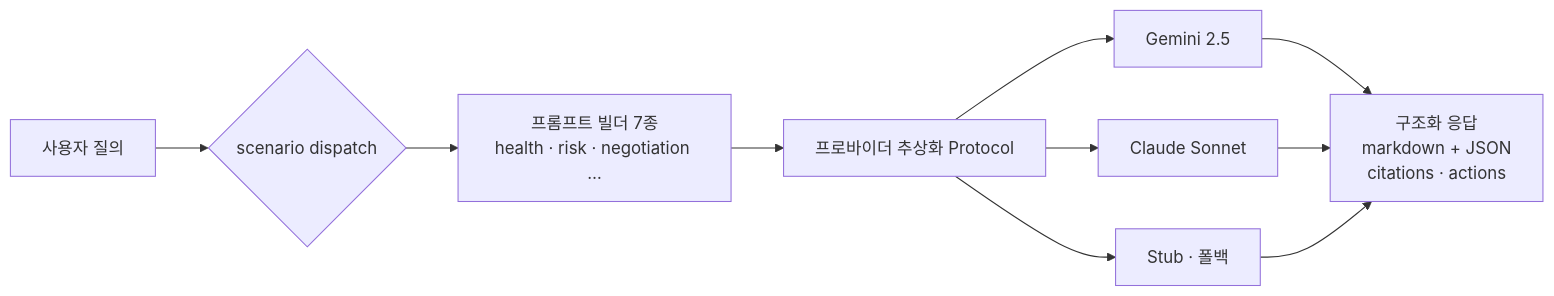
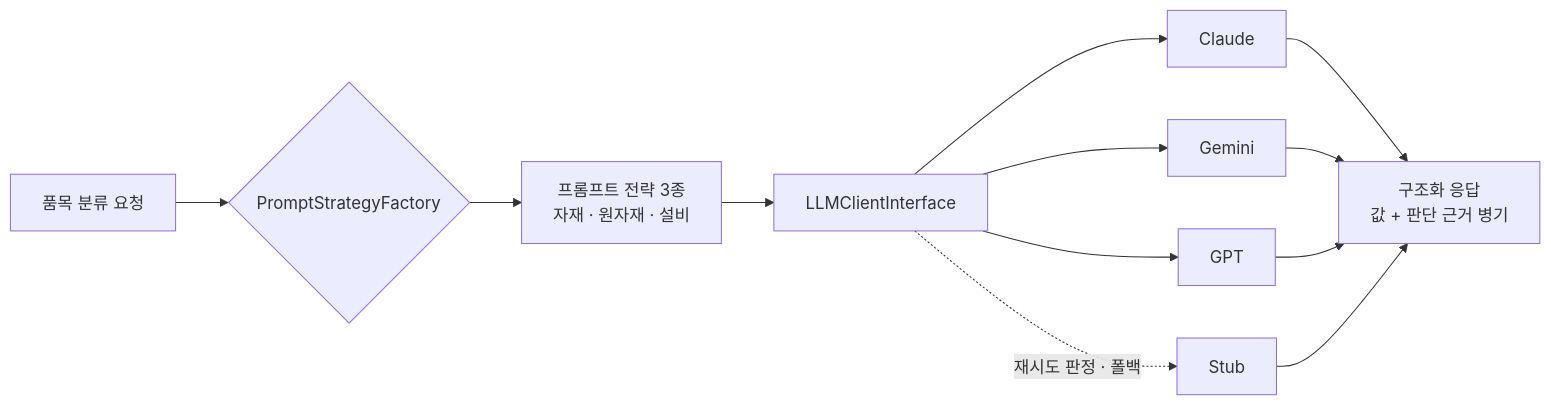
The second of 12 diagrams in docs/experience.md (jiyean99/jiyean99), drawn with Mermaid before and after one commit. The commit also changed other lines of this file and 3 other files, not shown here.

````diff
--- a/docs/experience.md
+++ b/docs/experience.md
@@ -67,12 +69,14 @@
 ```mermaid
 flowchart LR
-  Q["사용자 질의"] --> S{"scenario dispatch"}
-  S --> B["프롬프트 빌더 7종<br/>health · risk · negotiation …"]
-  B --> P["프로바이더 추상화 Protocol"]
-  P --> G["Gemini 2.5"]
-  P --> C["Claude Sonnet"]
-  P --> ST["Stub · 폴백"]
-  G --> R["구조화 응답<br/>markdown + JSON<br/>citations · actions"]
-  C --> R
+  Q["품목 분류 요청"] --> S{"PromptStrategyFactory"}
+  S --> B["프롬프트 전략 3종<br/>자재 · 원자재 · 설비"]
+  B --> P["LLMClientInterface"]
+  P --> C["Claude"]
+  P --> G["Gemini"]
+  P --> X["GPT"]
+  P -.->|"재시도 판정 · 폴백"| ST["Stub"]
+  C --> R["구조화 응답<br/>값 + 판단 근거 병기"]
+  G --> R
+  X --> R
   ST --> R
 ```
````
